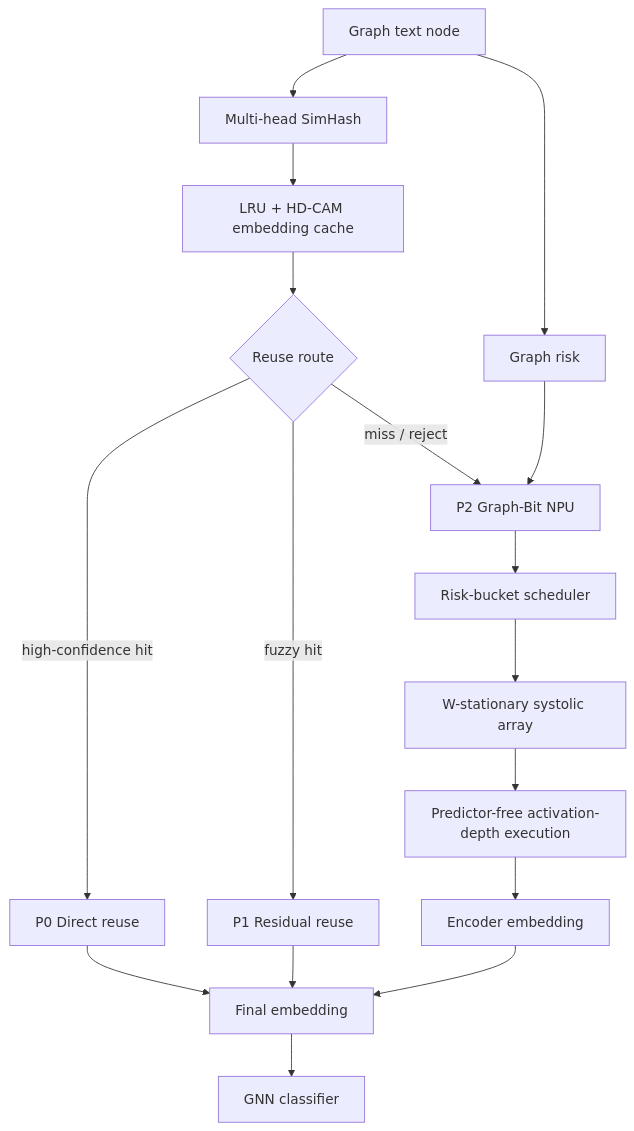
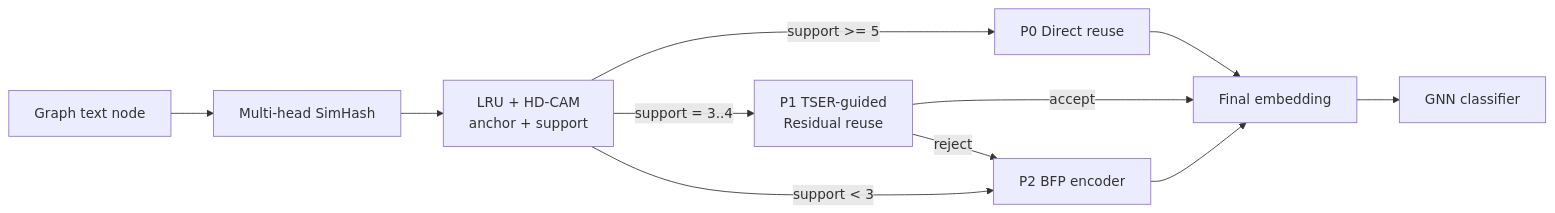
The diagram in docs/npu/GRAPH_BIT_NPU_DESIGN.md (Zst0514/GraphhopSimhash), drawn with Mermaid before and after one commit. The commit also changed other lines of this file and 17 other files, not shown here.

Commit message:
docs: consolidate tser bfp mainline

````diff
--- a/docs/npu/GRAPH_BIT_NPU_DESIGN.md
+++ b/docs/npu/GRAPH_BIT_NPU_DESIGN.md
@@ -34,23 +30,13 @@
 ```mermaid
-flowchart TD
+flowchart LR
     A[Graph text node] --> B[Multi-head SimHash]
-    B --> C[LRU + HD-CAM embedding cache]
-    C --> D{Reuse route}
-
-    D -->|high-confidence hit| E[P0 Direct reuse]
-    D -->|fuzzy hit| F[P1 Residual reuse]
-    D -->|miss / reject| G[P2 Graph-Bit NPU]
-
-    A --> H[Graph risk]
-    H --> G
-
-    G --> I[Risk-bucket scheduler]
-    I --> J[W-stationary systolic array]
-    J --> K[Predictor-free activation-depth execution]
-    K --> L[Encoder embedding]
-
-    E --> M[Final embedding]
-    F --> M
-    L --> M
-    M --> N[GNN classifier]
+    B --> C[LRU + HD-CAM<br/>anchor + support]
+    C -->|support >= 5| D[P0 Direct reuse]
+    C -->|support = 3..4| E[P1 TSER-guided<br/>Residual reuse]
+    C -->|support < 3| F[P2 BFP encoder]
+    E -->|accept| G[Final embedding]
+    E -->|reject| F
+    D --> G
+    F --> G
+    G --> H[GNN classifier]
 ```
````
